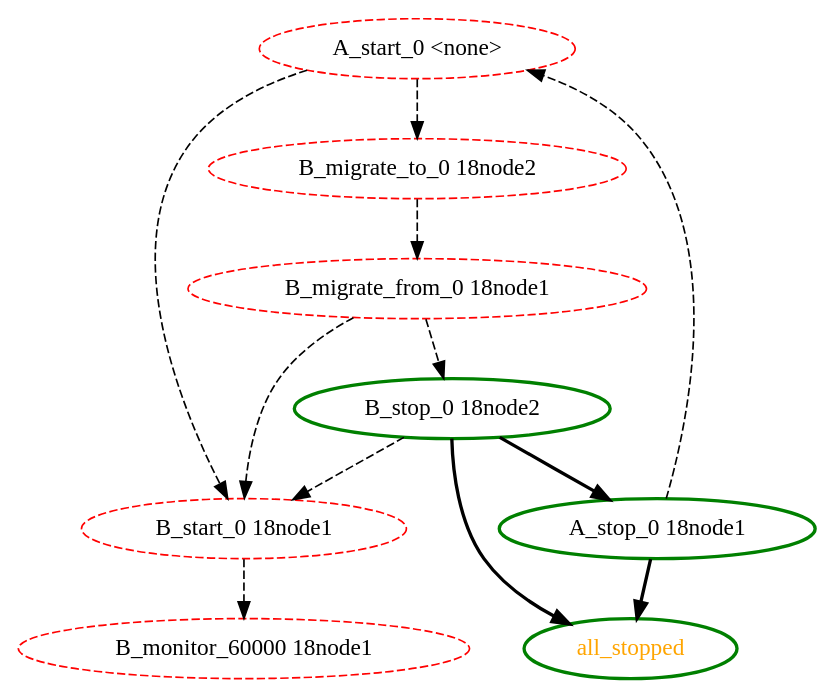
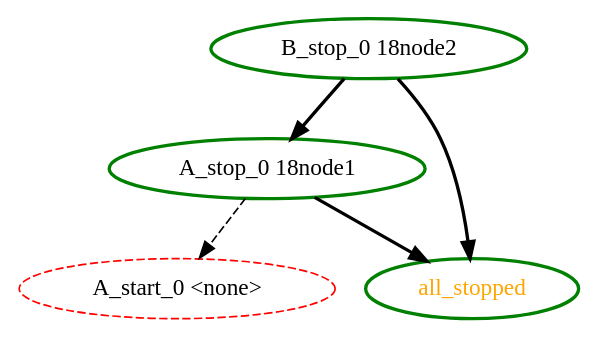
One commit to ClusterLabs/pacemaker changed the diagram in pengine/test10/9-am-then-bm-b-migrating-a-stopping.dot. Above: the diagram before and after it, drawn with Graphviz. The commit also changed 15 other files, not shown here.

```diff
--- a/pengine/test10/9-am-then-bm-b-migrating-a-stopping.dot
+++ b/pengine/test10/9-am-then-bm-b-migrating-a-stopping.dot
@@ -1,21 +1,10 @@
  digraph "g" {
-"A_start_0 <none>" -> "B_migrate_to_0 18node2" [ style = dashed]
-"A_start_0 <none>" -> "B_start_0 18node1" [ style = dashed]
 "A_start_0 <none>" [ style=dashed color="red" fontcolor="black"]
 "A_stop_0 18node1" -> "A_start_0 <none>" [ style = dashed]
 "A_stop_0 18node1" -> "all_stopped" [ style = bold]
 "A_stop_0 18node1" [ style=bold color="green" fontcolor="black"]
-"B_migrate_from_0 18node1" -> "B_start_0 18node1" [ style = dashed]
-"B_migrate_from_0 18node1" -> "B_stop_0 18node2" [ style = dashed]
-"B_migrate_from_0 18node1" [ style=dashed color="red" fontcolor="black"]
-"B_migrate_to_0 18node2" -> "B_migrate_from_0 18node1" [ style = dashed]
-"B_migrate_to_0 18node2" [ style=dashed color="red" fontcolor="black"]
-"B_monitor_60000 18node1" [ style=dashed color="red" fontcolor="black"]
-"B_start_0 18node1" -> "B_monitor_60000 18node1" [ style = dashed]
-"B_start_0 18node1" [ style=dashed color="red" fontcolor="black"]
 "B_stop_0 18node2" -> "A_stop_0 18node1" [ style = bold]
-"B_stop_0 18node2" -> "B_start_0 18node1" [ style = dashed]
 "B_stop_0 18node2" -> "all_stopped" [ style = bold]
 "B_stop_0 18node2" [ style=bold color="green" fontcolor="black"]
 "all_stopped" [ style=bold color="green" fontcolor="orange"]
 }
```
